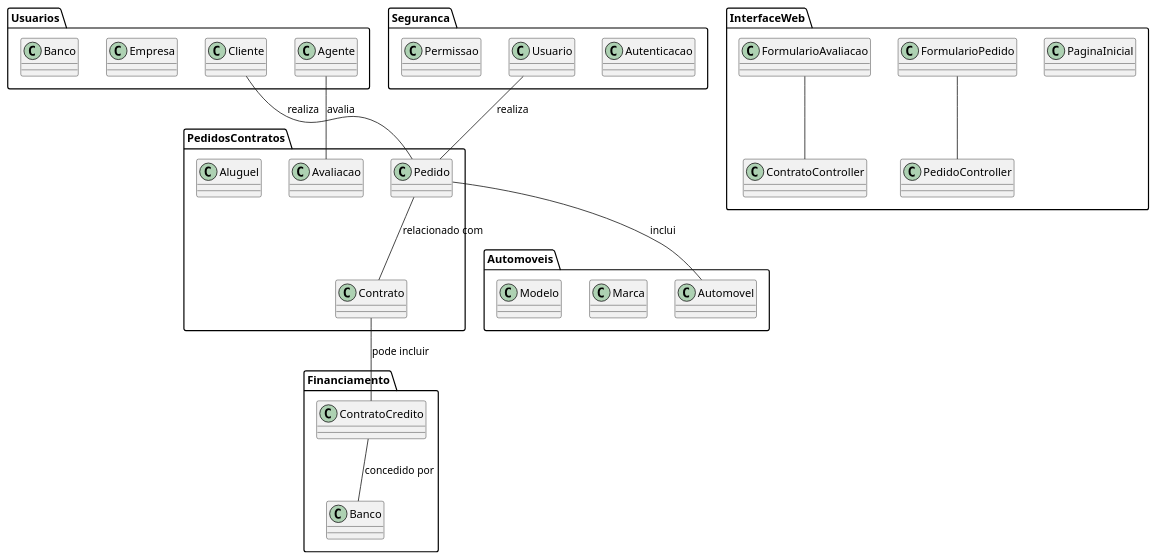
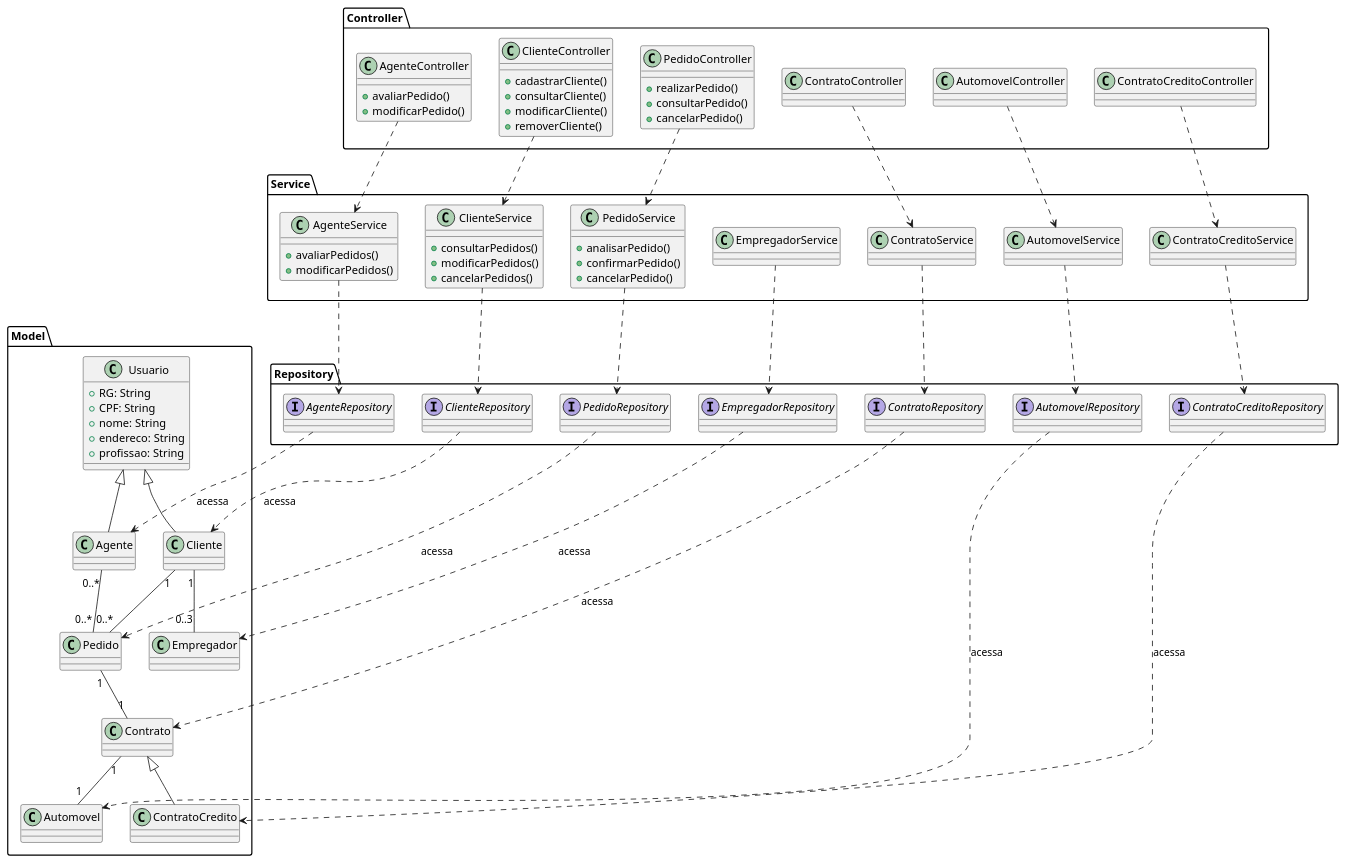
One commit to joaolezsi/LabDevSoftw-SistemaAluguel changed the diagram in projeto/Diagrama de pacotes.plantuml. Above: the diagram before and after it, drawn with PlantUML. The commit also changed 3 other files, not shown here.

Commit message:
#5 diagrama de pacotes

```diff
--- a/projeto/Diagrama de pacotes.plantuml
+++ b/projeto/Diagrama de pacotes.plantuml
@@ -1,51 +1,104 @@
 @startuml
 
-package "PedidosContratos" {
+package "Model" {
+    class Usuario {
+        +RG: String
+        +CPF: String
+        +nome: String
+        +endereco: String
+        +profissao: String
+    }
+    class Cliente
+    class Agente
     class Pedido
+    class Automovel
     class Contrato
-    class Avaliacao
-    class Aluguel
-    Pedido -- Contrato : "relacionado com"
+    class ContratoCredito
+    class Empregador
+
+    Usuario <|-- Cliente
+    Usuario <|-- Agente
+    Cliente "1" -- "0..*" Pedido
+    Pedido "1" -- "1" Contrato
+    Contrato <|-- ContratoCredito
+    Contrato "1" -- "1" Automovel
+    Cliente "1" -- "0..3" Empregador
+    Agente "0..*" -- "0..*" Pedido
 }
 
-package "Usuarios" {
-    class Cliente
-    class Agente
-    class Empresa
-    class Banco
-    Cliente -- Pedido : "realiza"
-    Agente -- Avaliacao : "avalia"
+package "Repository" {
+    interface ClienteRepository
+    interface AgenteRepository
+    interface PedidoRepository
+    interface AutomovelRepository
+    interface ContratoRepository
+    interface ContratoCreditoRepository
+    interface EmpregadorRepository
+
+    ClienteRepository ..> Cliente : "acessa"
+    AgenteRepository ..> Agente : "acessa"
+    PedidoRepository ..> Pedido : "acessa"
+    AutomovelRepository ..> Automovel : "acessa"
+    ContratoRepository ..> Contrato : "acessa"
+    ContratoCreditoRepository ..> ContratoCredito : "acessa"
+    EmpregadorRepository ..> Empregador : "acessa"
 }
 
-package "Automoveis" {
-    class Automovel
-    class Marca
-    class Modelo
-    Pedido -- Automovel : "inclui"
+package "Service" {
+    class ClienteService {
+        +consultarPedidos()
+        +modificarPedidos()
+        +cancelarPedidos()
+    }
+    class AgenteService {
+        +avaliarPedidos()
+        +modificarPedidos()
+    }
+    class PedidoService {
+        +analisarPedido()
+        +confirmarPedido()
+        +cancelarPedido()
+    }
+    class AutomovelService
+    class ContratoService
+    class ContratoCreditoService
+    class EmpregadorService
+
+    ClienteService ..> ClienteRepository
+    AgenteService ..> AgenteRepository
+    PedidoService ..> PedidoRepository
+    AutomovelService ..> AutomovelRepository
+    ContratoService ..> ContratoRepository
+    ContratoCreditoService ..> ContratoCreditoRepository
+    EmpregadorService ..> EmpregadorRepository
 }
 
-package "Financiamento" {
-    class ContratoCredito
-    class Banco
-    Contrato -- ContratoCredito : "pode incluir"
-    ContratoCredito -- Banco : "concedido por"
-}
+package "Controller" {
+    class PedidoController {
+        +realizarPedido()
+        +consultarPedido()
+        +cancelarPedido()
+    }
+    class ClienteController {
+        +cadastrarCliente()
+        +consultarCliente()
+        +modificarCliente()
+        +removerCliente()
+    }
+    class AgenteController {
+        +avaliarPedido()
+        +modificarPedido()
+    }
+    class AutomovelController
+    class ContratoController
+    class ContratoCreditoController
 
-package "InterfaceWeb" {
-    class PaginaInicial
-    class FormularioPedido
-    class FormularioAvaliacao
-    class PedidoController
-    class ContratoController
-    FormularioPedido -- PedidoController
-    FormularioAvaliacao -- ContratoController
-}
-
-package "Seguranca" {
-    class Autenticacao
-    class Usuario
-    class Permissao
-    Usuario -- Pedido : "realiza"
+    PedidoController ..> PedidoService
+    ClienteController ..> ClienteService
+    AgenteController ..> AgenteService
+    AutomovelController ..> AutomovelService
+    ContratoController ..> ContratoService
+    ContratoCreditoController ..> ContratoCreditoService
 }
 
 @enduml
```
